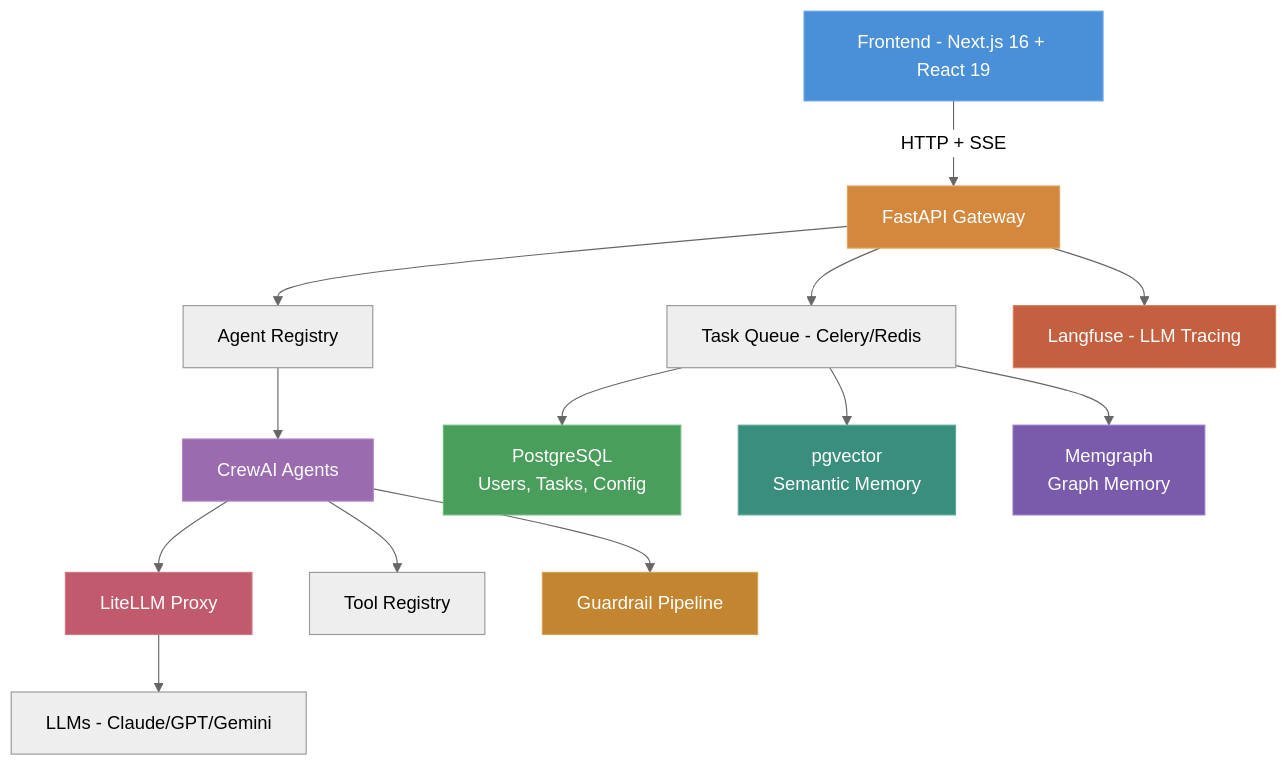
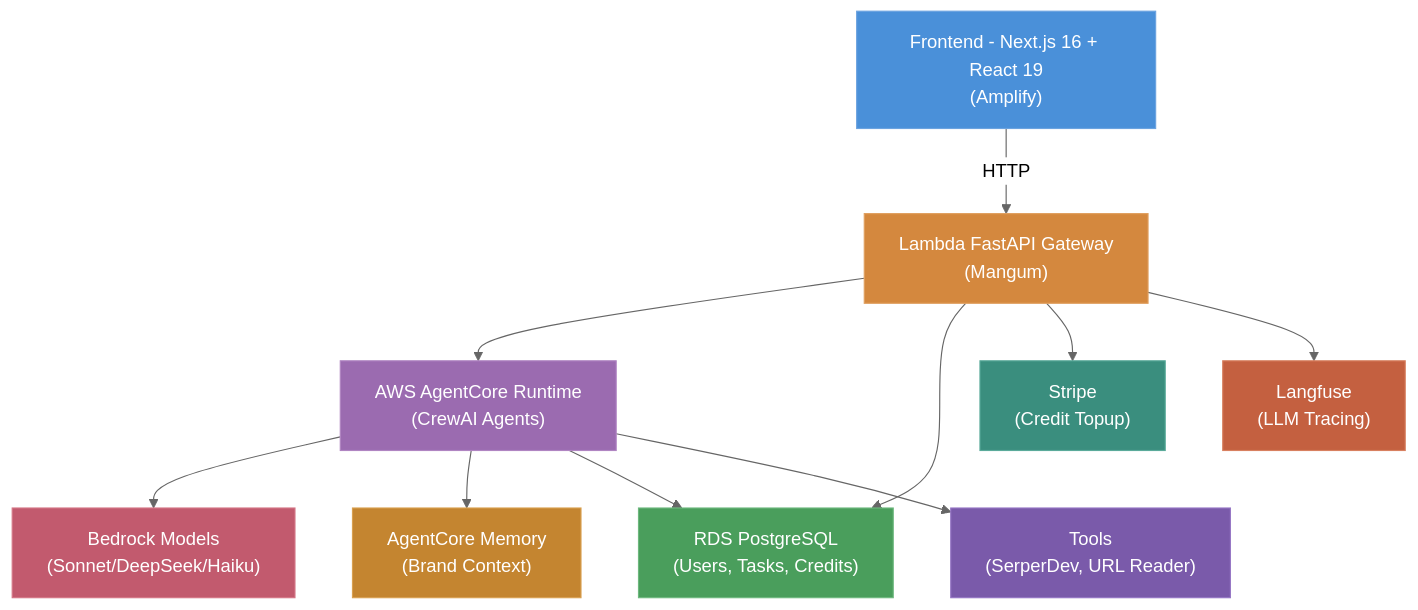
The first of 5 diagrams in docs/system-architecture.md (phucsystem/agent-foundry), drawn with Mermaid before and after one commit. The commit also changed other lines of this file and 68 other files, not shown here.

First line of the commit message:
feat: migrate to AWS AgentCore with Content Editor MVP

````diff
--- a/docs/system-architecture.md
+++ b/docs/system-architecture.md
@@ -11,27 +11,24 @@
 ```mermaid
 %%{init: {'theme': 'neutral'}}%%
 graph TD
-    FE["Frontend - Next.js 16 + React 19"]
-    FE -->|HTTP + SSE| API["FastAPI Gateway"]
-    API --> AReg["Agent Registry"]
-    API --> TQ["Task Queue - Celery/Redis"]
-    AReg --> CAG["CrewAI Agents"]
-    CAG --> LLMP["LiteLLM Proxy"]
-    LLMP --> LLMs["LLMs - Claude/GPT/Gemini"]
-    CAG --> TR["Tool Registry"]
-    CAG --> GP["Guardrail Pipeline"]
-    API --> LF["Langfuse - LLM Tracing"]
-    TQ --> PG["PostgreSQL<br/>Users, Tasks, Config"]
-    TQ --> PGV["pgvector<br/>Semantic Memory"]
-    TQ --> MG["Memgraph<br/>Graph Memory"]
+    FE["Frontend - Next.js 16 + React 19<br/>(Amplify)"]
+    FE -->|HTTP| API["Lambda FastAPI Gateway<br/>(Mangum)"]
+    API --> AC["AWS AgentCore Runtime<br/>(CrewAI Agents)"]
+    AC --> MODELS["Bedrock Models<br/>(Sonnet/DeepSeek/Haiku)"]
+    AC --> MEM["AgentCore Memory<br/>(Brand Context)"]
+    API --> RDS["RDS PostgreSQL<br/>(Users, Tasks, Credits)"]
+    AC --> RDS
+    API --> STRIPE["Stripe<br/>(Credit Topup)"]
+    API --> LF["Langfuse<br/>(LLM Tracing)"]
+    AC --> TOOLS["Tools<br/>(SerperDev, URL Reader)"]
 
     style FE fill:#4a90d9,stroke:#6ba3e0,color:#fff
     style API fill:#d4883e,stroke:#e0a060,color:#fff
-    style CAG fill:#9b6bb0,stroke:#b085c2,color:#fff
-    style LLMP fill:#c25a6e,stroke:#d47585,color:#fff
-    style GP fill:#c48530,stroke:#d9a050,color:#fff
-    style PG fill:#4a9e5c,stroke:#6db87e,color:#fff
-    style PGV fill:#3a8e7e,stroke:#5aaa9a,color:#fff
-    style MG fill:#7a5aaa,stroke:#9575c4,color:#fff
+    style AC fill:#9b6bb0,stroke:#b085c2,color:#fff
+    style MODELS fill:#c25a6e,stroke:#d47585,color:#fff
+    style MEM fill:#c48530,stroke:#d9a050,color:#fff
+    style RDS fill:#4a9e5c,stroke:#6db87e,color:#fff
+    style STRIPE fill:#3a8e7e,stroke:#5aaa9a,color:#fff
     style LF fill:#c46040,stroke:#d88060,color:#fff
+    style TOOLS fill:#7a5aaa,stroke:#9575c4,color:#fff
 ```
````
